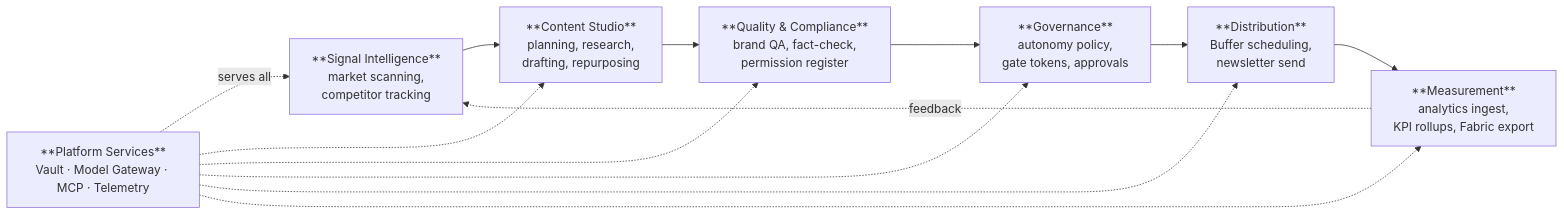
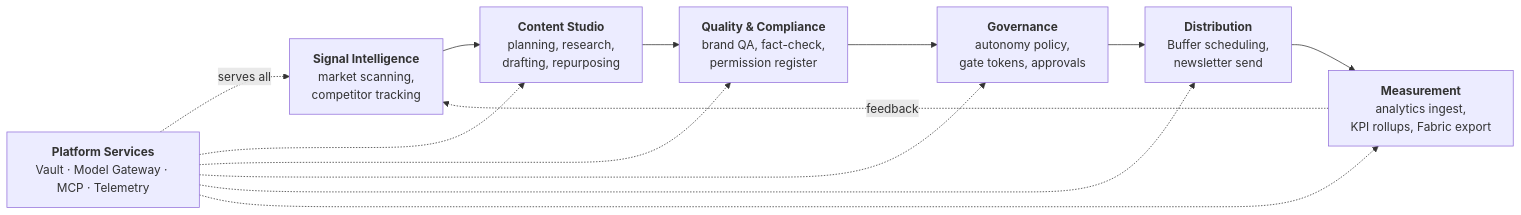
The first of 39 diagrams in docs/architecture/Comprehensive-System-Architecture-and-Process-Map.md (rooipiet-tech/Canvas-Marketing-OS), drawn with Mermaid before and after one commit. The commit also changed other lines of this file and 4 other files, not shown here.

````diff
--- a/docs/architecture/Comprehensive-System-Architecture-and-Process-Map.md
+++ b/docs/architecture/Comprehensive-System-Architecture-and-Process-Map.md
@@ -79,15 +79,15 @@
 ```mermaid
 flowchart LR
-  A["**Signal Intelligence**<br/>market scanning,<br/>competitor tracking"] --> B["**Content Studio**<br/>planning, research,<br/>drafting, repurposing"]
-  B --> C["**Quality & Compliance**<br/>brand QA, fact-check,<br/>permission register"]
-  C --> D["**Governance**<br/>autonomy policy,<br/>gate tokens, approvals"]
-  D --> E["**Distribution**<br/>Buffer scheduling,<br/>newsletter send"]
-  E --> F["**Measurement**<br/>analytics ingest,<br/>KPI rollups, Fabric export"]
+  A["<b>Signal Intelligence</b><br/>market scanning,<br/>competitor tracking"] --> B["<b>Content Studio</b><br/>planning, research,<br/>drafting, repurposing"]
+  B --> C["<b>Quality & Compliance</b><br/>brand QA, fact-check,<br/>permission register"]
+  C --> D["<b>Governance</b><br/>autonomy policy,<br/>gate tokens, approvals"]
+  D --> E["<b>Distribution</b><br/>Buffer scheduling,<br/>newsletter send"]
+  E --> F["<b>Measurement</b><br/>analytics ingest,<br/>KPI rollups, Fabric export"]
   F -.feedback.-> A
-  G["**Platform Services**<br/>Vault · Model Gateway · MCP · Telemetry"] -.serves all.-> A
+  G["<b>Platform Services</b><br/>Vault · Model Gateway · MCP · Telemetry"] -.serves all.-> A
   G -.-> B
   G -.-> C
   G -.-> D
   G -.-> E
   G -.-> F
 ```
````
